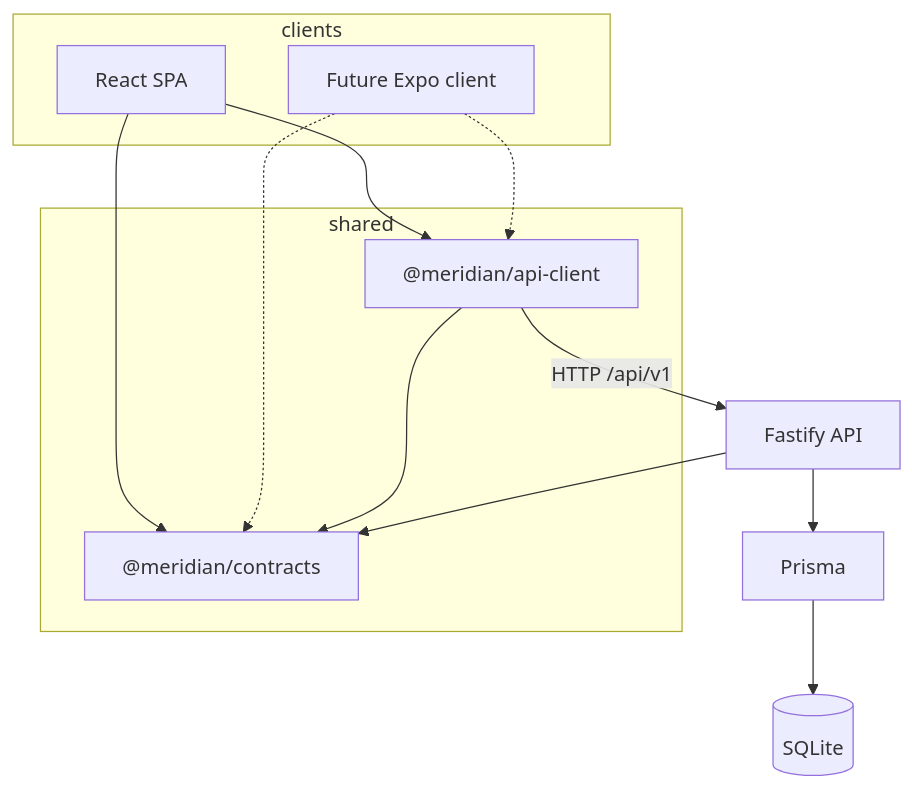
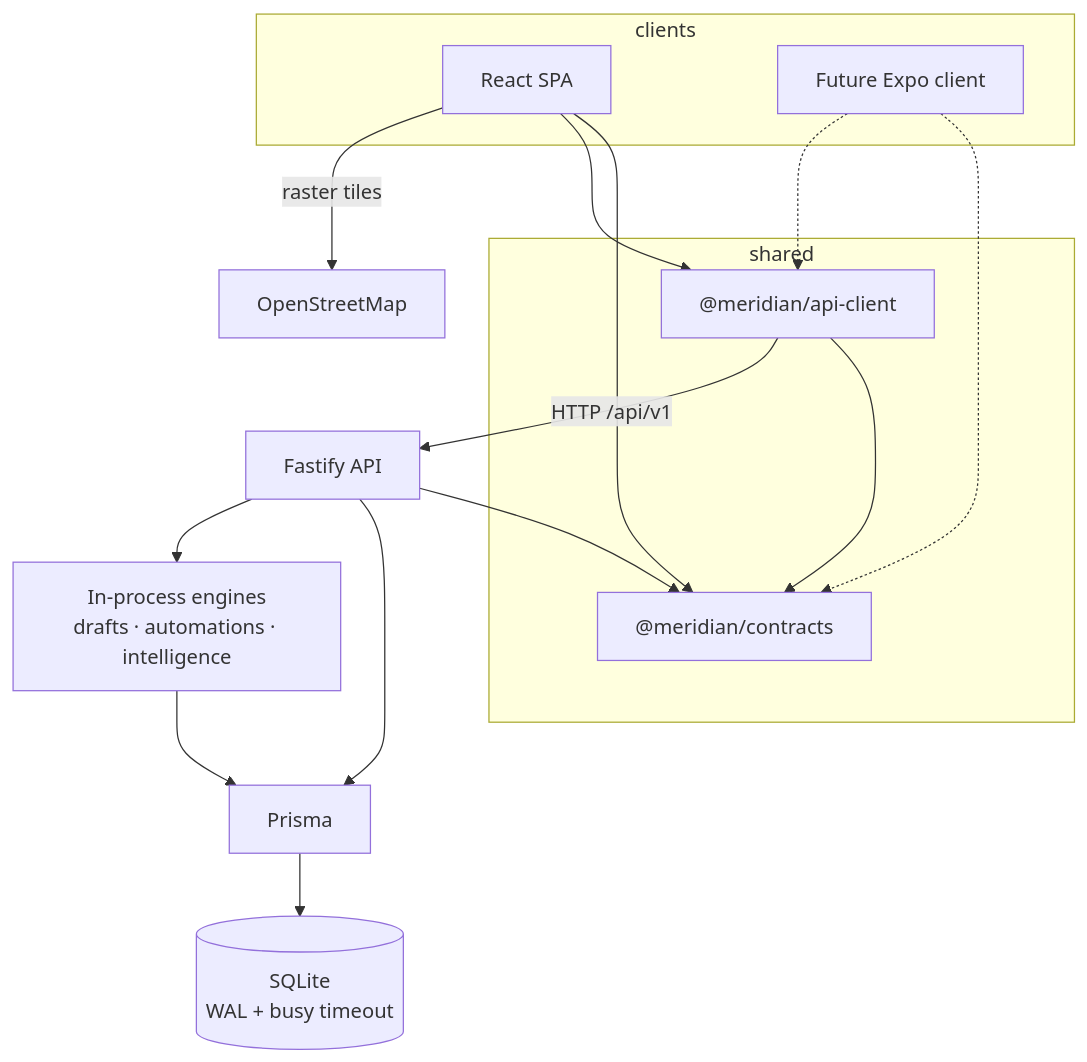
One commit to StinkyCat0/meridiancrm changed the first of 3 diagrams in docs/ARCHITECTURE.md. Above: the diagram before and after it, drawn with Mermaid. The commit also changed other lines of this file and 9 other files, not shown here.

````diff
--- a/docs/ARCHITECTURE.md
+++ b/docs/ARCHITECTURE.md
@@ -14,20 +14,23 @@
 ```mermaid
 flowchart TB
   subgraph clients
     WEB[React SPA]
     NATIVE[Future Expo client]
   end
   subgraph shared
     CONTRACTS["@meridian/contracts"]
     CLIENT["@meridian/api-client"]
   end
   WEB --> CONTRACTS
   WEB --> CLIENT
+  WEB -->|raster tiles| OSM[OpenStreetMap]
   NATIVE -.-> CONTRACTS
   NATIVE -.-> CLIENT
   CLIENT --> CONTRACTS
   CLIENT -->|HTTP /api/v1| API[Fastify API]
   API --> CONTRACTS
   API --> PRISMA[Prisma]
-  PRISMA --> SQLITE[(SQLite)]
+  PRISMA --> SQLITE[(SQLite<br/>WAL + busy timeout)]
+  API --> ENGINE[In-process engines<br/>drafts · automations · intelligence]
+  ENGINE --> PRISMA
 ```
````
